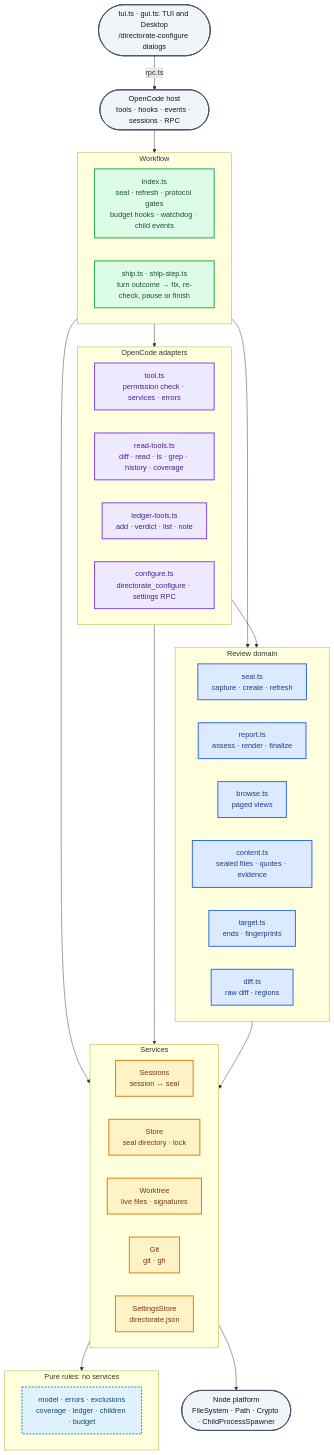
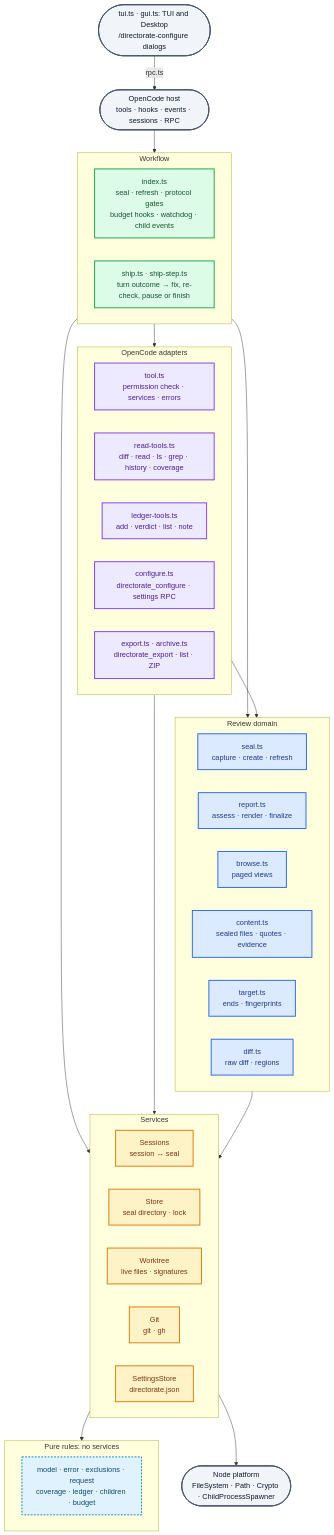
One commit to RyanCallahan312/directorate changed the seventh of 7 diagrams in packages/opencode-directorate/README.md. Above: the diagram before and after it, drawn with Mermaid. The commit also changed other lines of this file, not shown here.

Commit message:
docs(directorate): add ship state chart and align README

````diff
--- a/packages/opencode-directorate/README.md
+++ b/packages/opencode-directorate/README.md
@@ -343,62 +379,63 @@
 ```mermaid
 flowchart TB
     tuiPart(["tui.ts · gui.ts: TUI and Desktop<br/>/directorate-configure dialogs"])
     host(["OpenCode host<br/>tools · hooks · events · sessions · RPC"])
 
     subgraph workflow["Workflow"]
         index["index.ts<br/>seal · refresh · protocol gates<br/>budget hooks · watchdog · child events"]
         ship["ship.ts · ship-step.ts<br/>turn outcome → fix, re-check, pause or finish"]
     end
 
     subgraph adapters["OpenCode adapters"]
         tool["tool.ts<br/>permission check · services · errors"]
         readTools["read-tools.ts<br/>diff · read · ls · grep · history · coverage"]
         ledgerTools["ledger-tools.ts<br/>add · verdict · list · note"]
         configure["configure.ts<br/>directorate_configure · settings RPC"]
+        exportTool["export.ts · archive.ts<br/>directorate_export · list · ZIP"]
     end
 
     subgraph domain["Review domain"]
         seal["seal.ts<br/>capture · create · refresh"]
         report["report.ts<br/>assess · render · finalize"]
         browse["browse.ts<br/>paged views"]
         content["content.ts<br/>sealed files · quotes · evidence"]
         target["target.ts<br/>ends · fingerprints"]
         diff["diff.ts<br/>raw diff · regions"]
     end
 
     subgraph services["Services"]
         sessions["Sessions<br/>session ↔ seal"]
         store["Store<br/>seal directory · lock"]
         worktree["Worktree<br/>live files · signatures"]
         git["Git<br/>git · gh"]
         settings["SettingsStore<br/>directorate.json"]
     end
 
     subgraph rules["Pure rules: no services"]
-        pure["model · errors · exclusions<br/>coverage · ledger · children · budget"]
+        pure["model · error · exclusions · request<br/>coverage · ledger · children · budget"]
     end
 
     node(["Node platform<br/>FileSystem · Path · Crypto · ChildProcessSpawner"])
 
     tuiPart -- "rpc.ts" --> host
     host --> workflow
     workflow --> adapters
     workflow & adapters --> domain
     workflow & adapters --> services
     domain --> services
     services --> rules & node
 
     classDef hostC fill:#f1f5f9,stroke:#475569,stroke-width:2px,color:#0f172a
     classDef flowC fill:#dcfce7,stroke:#16a34a,stroke-width:2px,color:#14532d
     classDef adaptC fill:#ede9fe,stroke:#7c3aed,stroke-width:2px,color:#4c1d95
     classDef domainC fill:#dbeafe,stroke:#2563eb,stroke-width:2px,color:#1e3a8a
     classDef pureC fill:#e0f2fe,stroke:#0284c7,stroke-width:2px,stroke-dasharray:4 3,color:#0c4a6e
     classDef svcC fill:#fef3c7,stroke:#d97706,stroke-width:2px,color:#78350f
 
     class tuiPart,host,node hostC
     class index,ship flowC
-    class tool,readTools,ledgerTools,configure adaptC
+    class tool,readTools,ledgerTools,configure,exportTool adaptC
     class seal,report,browse,content,target,diff domainC
     class pure pureC
     class sessions,store,worktree,git,settings svcC
 ```
````
